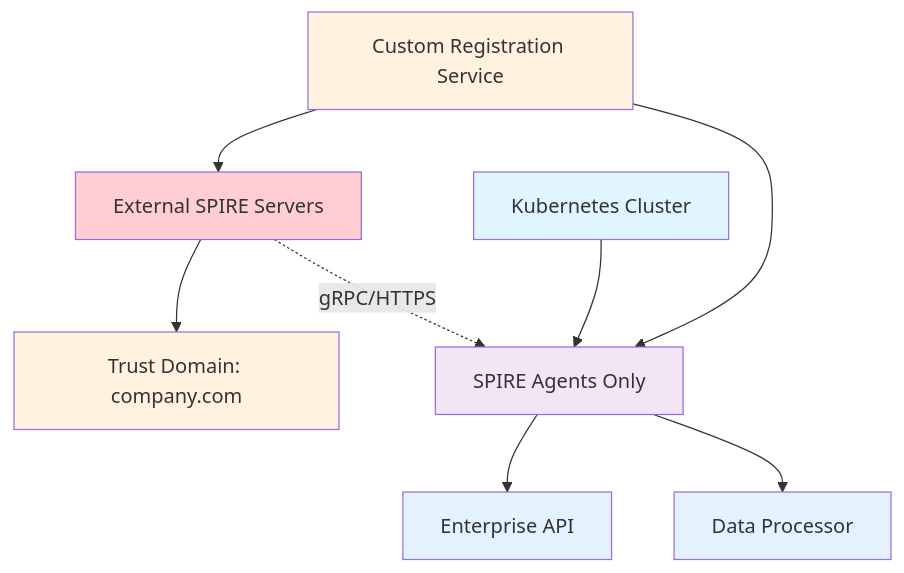
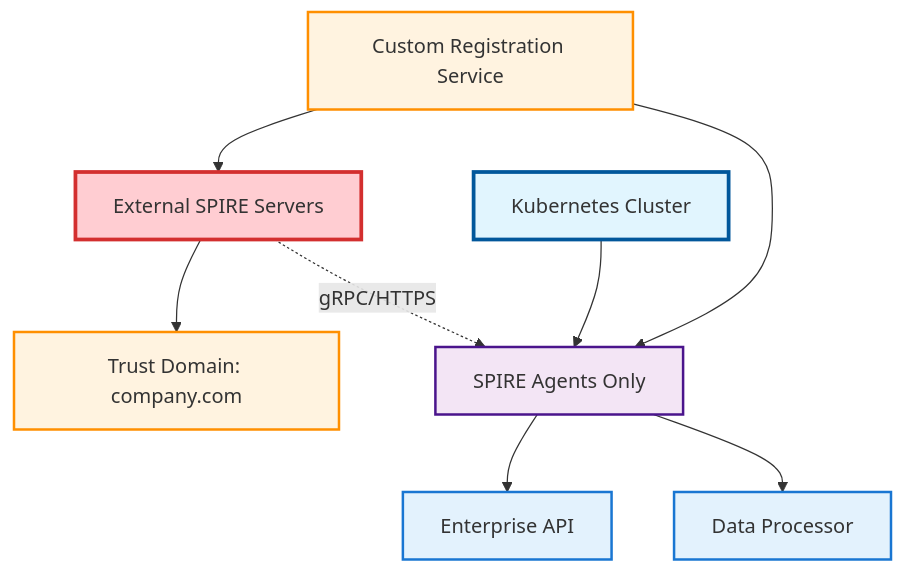
The third of 3 diagrams in docs-mkdocs/architecture/overview.md (jfiser247/spire-dev), drawn with Mermaid before and after one commit. The commit also changed other lines of this file and 8 other files, not shown here.

First line of the commit message:
Standardize all diagram formats and fix border alignment issues

````diff
--- a/docs-mkdocs/architecture/overview.md
+++ b/docs-mkdocs/architecture/overview.md
@@ -102,21 +102,21 @@
 ```mermaid
 graph TD
     A[External SPIRE Servers] --> B[Trust Domain: company.com]
     C[Kubernetes Cluster] --> D[SPIRE Agents Only]
     
     A -.->|gRPC/HTTPS| D
     
     D --> E[Enterprise API]
     D --> F[Data Processor]
     
     G[Custom Registration Service] --> A
     G --> D
     
-    style A fill:#ffcdd2
-    style B fill:#fff3e0
-    style C fill:#e1f5fe
-    style D fill:#f3e5f5
-    style E fill:#e3f2fd
-    style F fill:#e3f2fd
-    style G fill:#fff3e0
+    style A fill:#ffcdd2,stroke:#d32f2f,stroke-width:3px
+    style B fill:#fff3e0,stroke:#ff8f00,stroke-width:2px
+    style C fill:#e1f5fe,stroke:#01579b,stroke-width:3px
+    style D fill:#f3e5f5,stroke:#4a148c,stroke-width:2px
+    style E fill:#e3f2fd,stroke:#1976d2,stroke-width:2px
+    style F fill:#e3f2fd,stroke:#1976d2,stroke-width:2px
+    style G fill:#fff3e0,stroke:#ff8f00,stroke-width:2px
 ```
````
